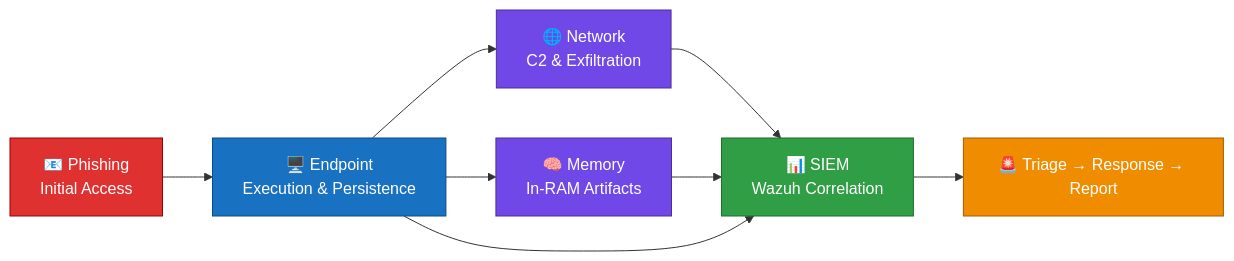
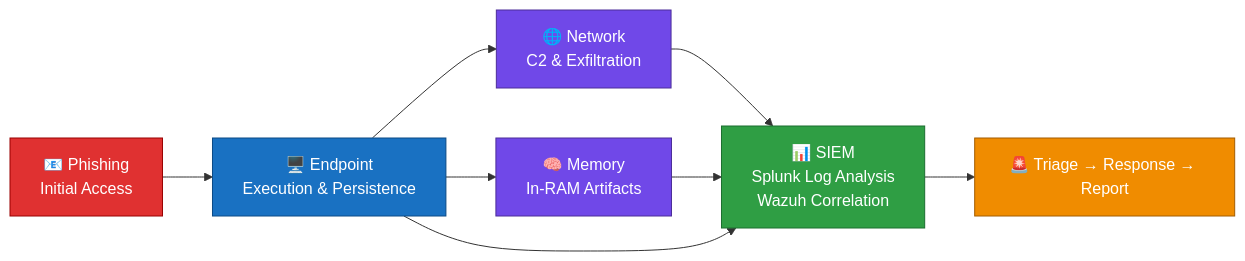
Before and after one commit to JeelAnghanSec/SOC-Portfolio: the diagram in README.md, drawn with Mermaid. The commit also changed other lines of this file, not shown here.

````diff
--- a/README.md
+++ b/README.md
@@ -36,21 +37,21 @@
 ```mermaid
 flowchart LR
     P["📧 Phishing<br/>Initial Access"] --> E["🖥️ Endpoint<br/>Execution & Persistence"]
     E --> N["🌐 Network<br/>C2 & Exfiltration"]
     E --> M["🧠 Memory<br/>In-RAM Artifacts"]
-    N --> S["📊 SIEM<br/>Wazuh Correlation"]
+    N --> S["📊 SIEM<br/>Splunk Log Analysis<br/>Wazuh Correlation"]
     M --> S
     E --> S
     S --> R["🚨 Triage → Response → Report"]
 
     classDef a fill:#e03131,color:#fff,stroke:#900;
     classDef b fill:#1971c2,color:#fff,stroke:#0b4a86;
     classDef c fill:#7048e8,color:#fff,stroke:#4c2d99;
     classDef d fill:#2f9e44,color:#fff,stroke:#1b6e2f;
     classDef f fill:#f08c00,color:#fff,stroke:#a35d00;
     class P a;
     class E b;
     class N,M c;
     class S d;
     class R f;
 ```
````
